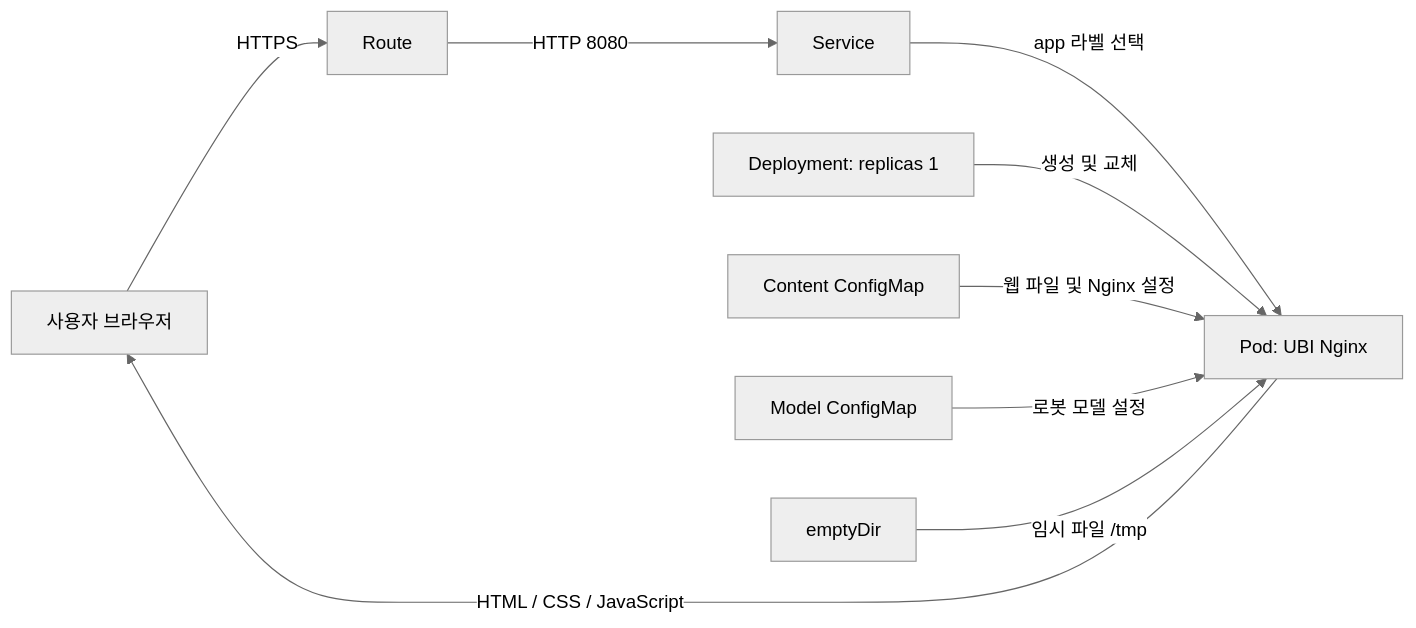
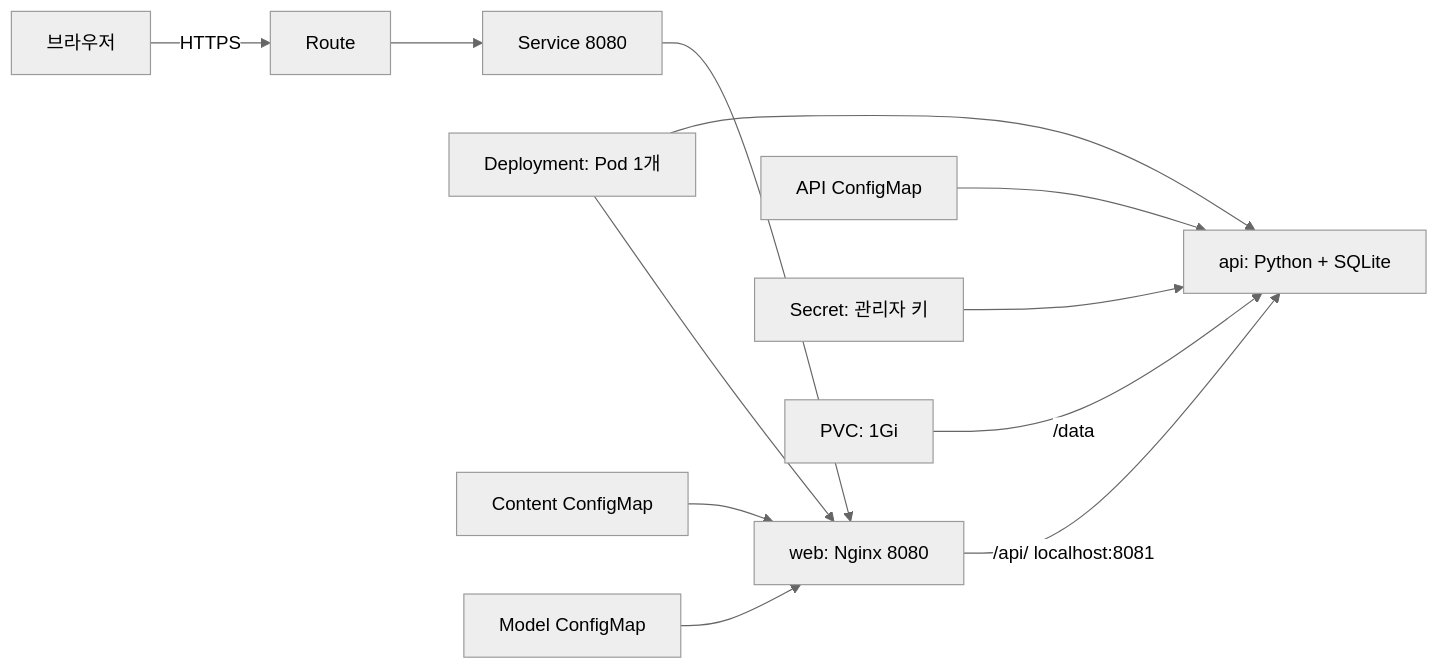
The diagram in students/202355707/README.md (mnny25/IoT_robot_arm_twin_lab), drawn with Mermaid (neutral theme) before and after one commit. The commit also changed other lines of this file and 23 other files, not shown here.

Commit message:
26.10.27 secret, pvc, configmap 추가

````diff
--- a/students/202355707/README.md
+++ b/students/202355707/README.md
@@ -35,11 +33,14 @@
 ```mermaid
 flowchart LR
-    U[사용자 브라우저] -->|HTTPS| R[Route]
-    R -->|HTTP 8080| S[Service]
-    S -->|app 라벨 선택| P[Pod: UBI Nginx]
-    D[Deployment: replicas 1] -->|생성 및 교체| P
-    C[Content ConfigMap] -->|웹 파일 및 Nginx 설정| P
-    M[Model ConfigMap] -->|로봇 모델 설정| P
-    E[emptyDir] -->|임시 파일 /tmp| P
-    P -->|HTML / CSS / JavaScript| U
+    U[브라우저] -->|HTTPS| R[Route]
+    R --> S[Service 8080]
+    S --> W[web: Nginx 8080]
+    W -->|/api/ localhost:8081| A[api: Python + SQLite]
+    D[Deployment: Pod 1개] --> W
+    D --> A
+    C[Content ConfigMap] --> W
+    M[Model ConfigMap] --> W
+    B[API ConfigMap] --> A
+    K[Secret: 관리자 키] --> A
+    V[PVC: 1Gi] -->|/data| A
 ```
````
